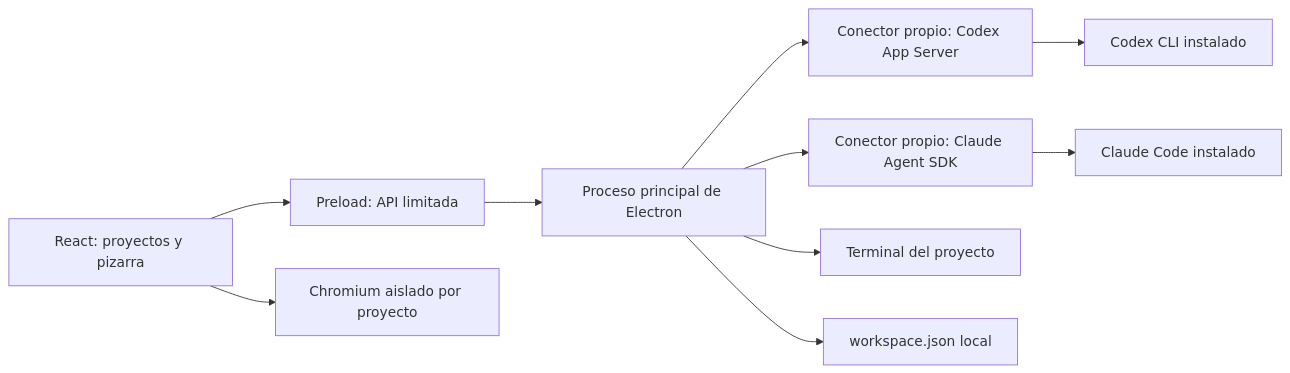
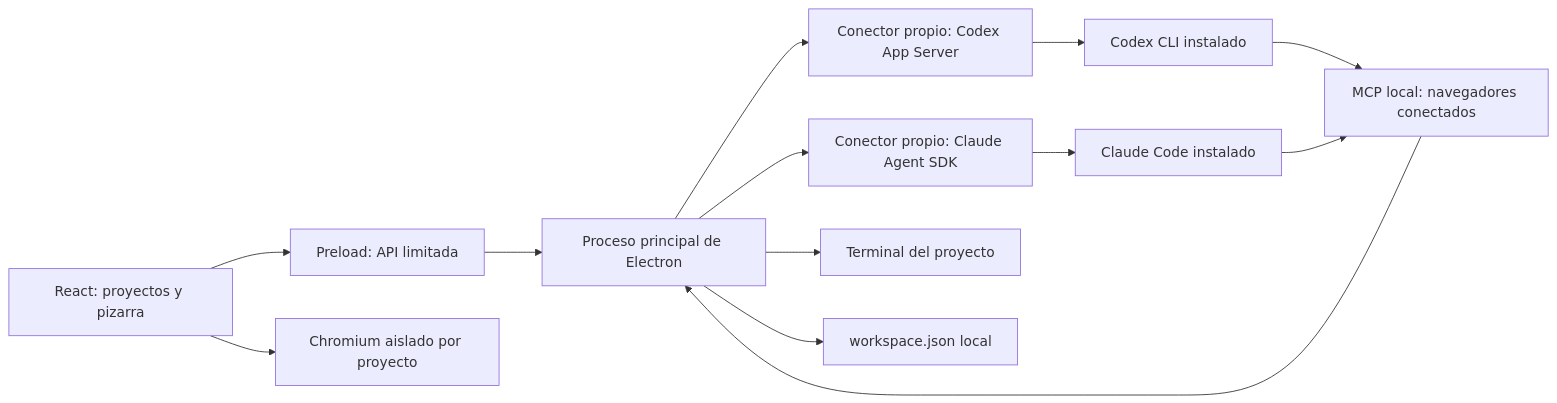
One commit to Y0RD1N/zai changed the diagram in docs/architecture.md. Above: the diagram before and after it, drawn with Mermaid. The commit also changed other lines of this file and 27 other files, not shown here.

````diff
--- a/docs/architecture.md
+++ b/docs/architecture.md
@@ -7,12 +7,15 @@
 ```mermaid
 flowchart LR
   UI[React: proyectos y pizarra] --> Bridge[Preload: API limitada]
   Bridge --> Main[Proceso principal de Electron]
   Main --> Codex[Conector propio: Codex App Server]
   Main --> Claude[Conector propio: Claude Agent SDK]
   Main --> PTY[Terminal del proyecto]
   Main --> Disk[workspace.json local]
   Codex --> CCLI[Codex CLI instalado]
   Claude --> ACLI[Claude Code instalado]
+  CCLI --> MCP[MCP local: navegadores conectados]
+  ACLI --> MCP
+  MCP --> Main
   UI --> Browser[Chromium aislado por proyecto]
 ```
````
